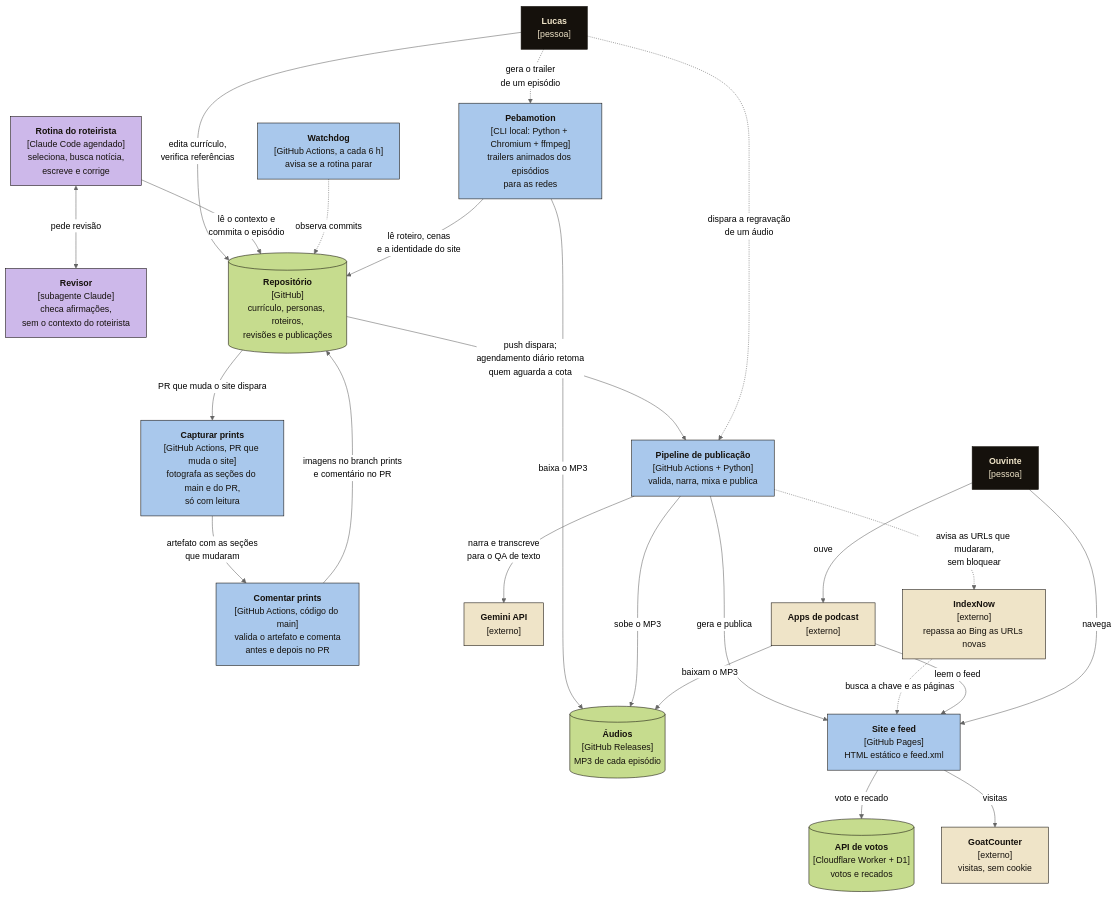
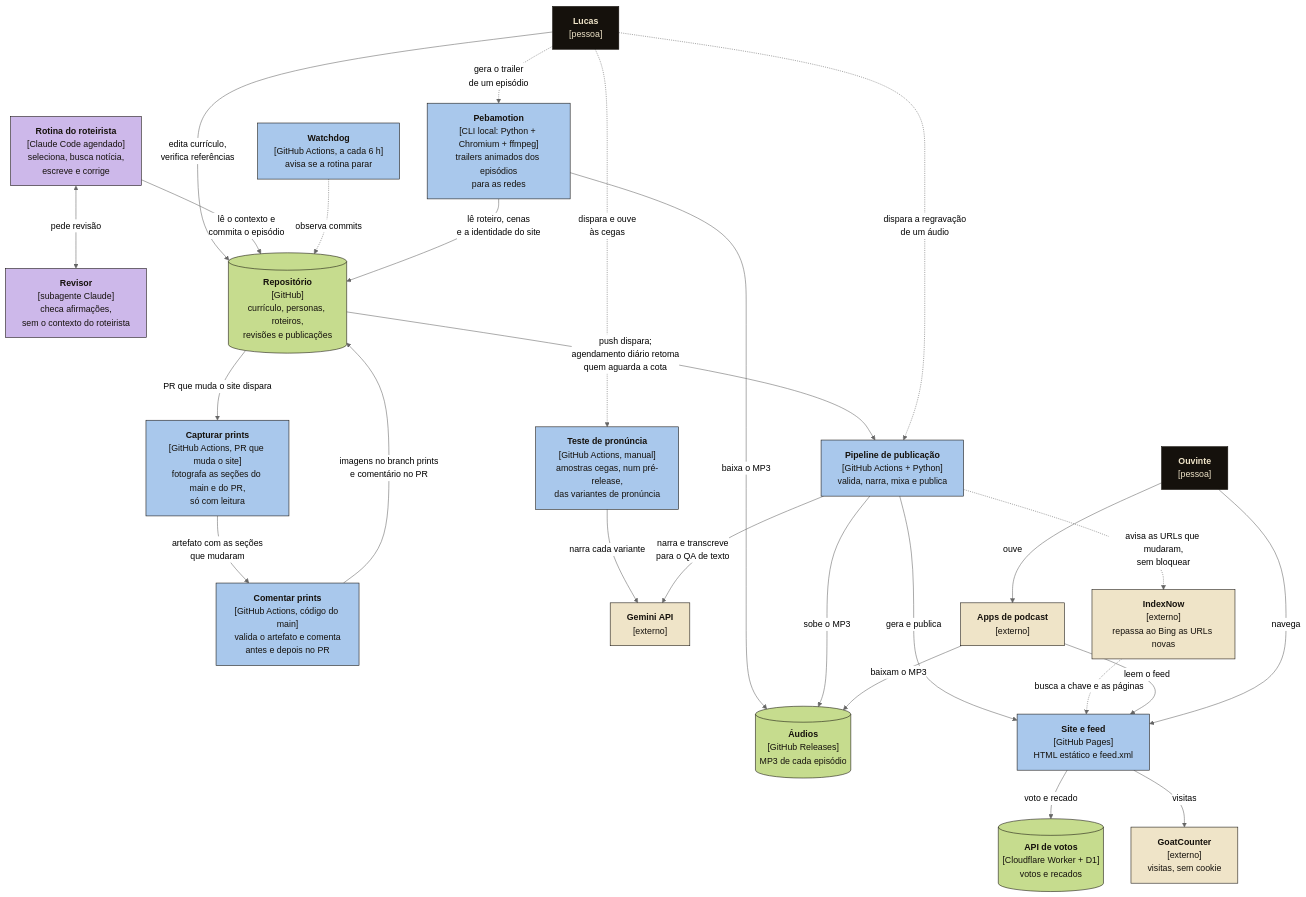
One commit to lucas-jdev/pebacast changed the second of 2 diagrams in docs/c4-negocio.md. Above: the diagram before and after it, drawn with Mermaid (neutral theme). The commit also changed 5 other files, not shown here.

First line of the commit message:
Teste cego de pronúncia no Gemini (#106)

````diff
--- a/docs/c4-negocio.md
+++ b/docs/c4-negocio.md
@@ -48,55 +48,58 @@
 ```mermaid
 flowchart TB
     classDef pessoa fill:#15110c,stroke:#15110c,color:#efe4c8
     classDef ia fill:#cdb8ea,stroke:#15110c,color:#15110c
     classDef conteiner fill:#a9c8ec,stroke:#15110c,color:#15110c
     classDef dados fill:#c6dc8e,stroke:#15110c,color:#15110c
     classDef externo fill:#efe4c8,stroke:#15110c,color:#15110c
 
     lucas["<b>Lucas</b><br/>[pessoa]"]:::pessoa
     ouvinte["<b>Ouvinte</b><br/>[pessoa]"]:::pessoa
 
     revisor["<b>Revisor</b><br/>[subagente Claude]<br/>checa afirmações,<br/>sem o contexto do roteirista"]:::ia
     rotina["<b>Rotina do roteirista</b><br/>[Claude Code agendado]<br/>seleciona, busca notícia,<br/>escreve e corrige"]:::ia
     watchdog["<b>Watchdog</b><br/>[GitHub Actions, a cada 6 h]<br/>avisa se a rotina parar"]:::conteiner
     capturar["<b>Capturar prints</b><br/>[GitHub Actions, PR que muda o site]<br/>fotografa as seções do main e do PR,<br/>só com leitura"]:::conteiner
     comentar["<b>Comentar prints</b><br/>[GitHub Actions, código do main]<br/>valida o artefato e comenta<br/>antes e depois no PR"]:::conteiner
+    pronuncia["<b>Teste de pronúncia</b><br/>[GitHub Actions, manual]<br/>amostras cegas, num pré-release,<br/>das variantes de pronúncia"]:::conteiner
     motion["<b>Pebamotion</b><br/>[CLI local: Python + Chromium + ffmpeg]<br/>trailers animados dos episódios<br/>para as redes"]:::conteiner
 
     repo[("<b>Repositório</b><br/>[GitHub]<br/>currículo, personas, roteiros,<br/>revisões e publicações")]:::dados
 
     pipeline["<b>Pipeline de publicação</b><br/>[GitHub Actions + Python]<br/>valida, narra, mixa e publica"]:::conteiner
     gemini["<b>Gemini API</b><br/>[externo]"]:::externo
 
     audio[("<b>Áudios</b><br/>[GitHub Releases]<br/>MP3 de cada episódio")]:::dados
     site["<b>Site e feed</b><br/>[GitHub Pages]<br/>HTML estático e feed.xml"]:::conteiner
     votos[("<b>API de votos</b><br/>[Cloudflare Worker + D1]<br/>votos e recados")]:::dados
 
     apps["<b>Apps de podcast</b><br/>[externo]"]:::externo
     goat["<b>GoatCounter</b><br/>[externo]<br/>visitas, sem cookie"]:::externo
     indexnow["<b>IndexNow</b><br/>[externo]<br/>repassa ao Bing as URLs novas"]:::externo
 
     lucas -- "edita currículo,<br/>verifica referências" --> repo
     rotina <-- "pede revisão" --> revisor
     rotina -- "lê o contexto e<br/>commita o episódio" --> repo
     watchdog -. "observa commits" .-> repo
     repo -- "PR que muda o site dispara" --> capturar
     capturar -- "artefato com as seções<br/>que mudaram" --> comentar
     comentar -- "imagens no branch prints<br/>e comentário no PR" --> repo
     lucas -. "gera o trailer<br/>de um episódio" .-> motion
     motion -- "lê roteiro, cenas<br/>e a identidade do site" --> repo
     motion -- "baixa o MP3" --> audio
     repo -- "push dispara;<br/>agendamento diário retoma<br/>quem aguarda a cota" --> pipeline
     lucas -. "dispara a regravação<br/>de um áudio" .-> pipeline
+    lucas -. "dispara e ouve<br/>às cegas" .-> pronuncia
+    pronuncia -- "narra cada variante" --> gemini
     pipeline -- "narra e transcreve<br/>para o QA de texto" --> gemini
     pipeline -- "sobe o MP3" --> audio
     pipeline -- "gera e publica" --> site
     pipeline -. "avisa as URLs que mudaram,<br/>sem bloquear" .-> indexnow
     indexnow -. "busca a chave e as páginas" .-> site
     site -- "voto e recado" --> votos
     site -- "visitas" --> goat
     apps -- "leem o feed" --> site
     apps -- "baixam o MP3" --> audio
     ouvinte -- "ouve" --> apps
     ouvinte -- "navega" --> site
 ```
````
